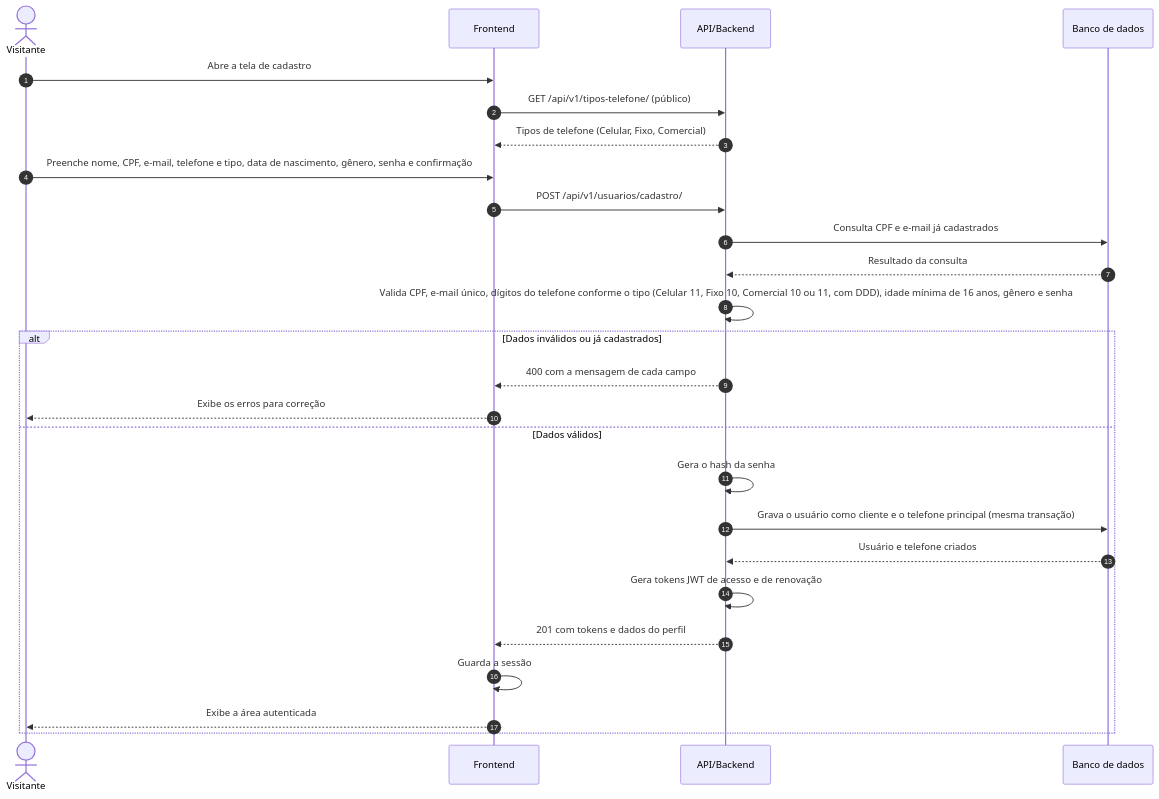
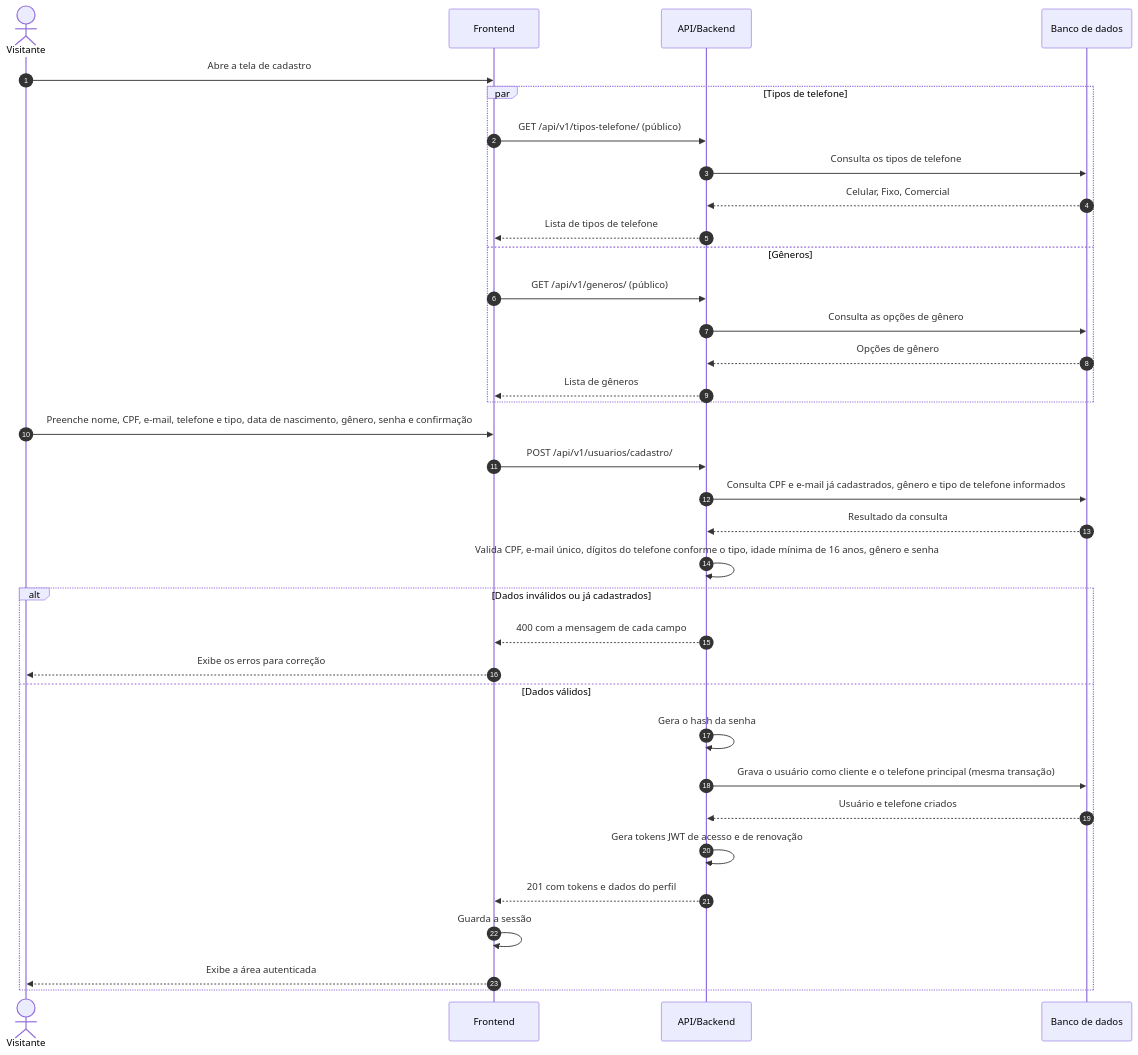
One commit to marcusmartins07/agro-store changed the diagram in docs/diagramas/fig04-seq-cadastro.mmd. Above: the diagram before and after it, drawn with Mermaid. The commit also changed 19 other files, not shown here.

```diff
--- a/docs/diagramas/fig04-seq-cadastro.mmd
+++ b/docs/diagramas/fig04-seq-cadastro.mmd
@@ -1,31 +1,40 @@
 %% Figura 4 - Diagrama de Sequência I - Cadastro de Cliente
-%% Conferido em: usuarios/views.py (CadastroClienteView) e usuarios/serializers.py (CadastroClienteSerializer).
+%% Conferido em: usuarios/views.py (CadastroClienteView, GeneroListView e TipoTelefoneListView) e usuarios/serializers.py (CadastroClienteSerializer).
 %% O cadastro público cria somente cliente (seção "Usuários e autenticação"; papel de produtor só pelo administrador, RN-023); campos de privilégio não são aceitos.
 sequenceDiagram
     autonumber
     actor C as Visitante
     participant F as Frontend
     participant A as API/Backend
     participant B as Banco de dados
 
     C->>F: Abre a tela de cadastro
-    F->>A: GET /api/v1/tipos-telefone/ (público)
-    A-->>F: Tipos de telefone (Celular, Fixo, Comercial)
+    par Tipos de telefone
+        F->>A: GET /api/v1/tipos-telefone/ (público)
+        A->>B: Consulta os tipos de telefone
+        B-->>A: Celular, Fixo, Comercial
+        A-->>F: Lista de tipos de telefone
+    and Gêneros
+        F->>A: GET /api/v1/generos/ (público)
+        A->>B: Consulta as opções de gênero
+        B-->>A: Opções de gênero
+        A-->>F: Lista de gêneros
+    end
     C->>F: Preenche nome, CPF, e-mail, telefone e tipo, data de nascimento, gênero, senha e confirmação
     F->>A: POST /api/v1/usuarios/cadastro/
-    A->>B: Consulta CPF e e-mail já cadastrados
+    A->>B: Consulta CPF e e-mail já cadastrados, gênero e tipo de telefone informados
     B-->>A: Resultado da consulta
-    A->>A: Valida CPF, e-mail único, dígitos do telefone conforme o tipo (Celular 11, Fixo 10, Comercial 10 ou 11, com DDD), idade mínima de 16 anos, gênero e senha
+    A->>A: Valida CPF, e-mail único, dígitos do telefone conforme o tipo, idade mínima de 16 anos, gênero e senha
 
     alt Dados inválidos ou já cadastrados
         A-->>F: 400 com a mensagem de cada campo
         F-->>C: Exibe os erros para correção
     else Dados válidos
         A->>A: Gera o hash da senha
         A->>B: Grava o usuário como cliente e o telefone principal (mesma transação)
         B-->>A: Usuário e telefone criados
         A->>A: Gera tokens JWT de acesso e de renovação
         A-->>F: 201 com tokens e dados do perfil
         F->>F: Guarda a sessão
         F-->>C: Exibe a área autenticada
     end
```
